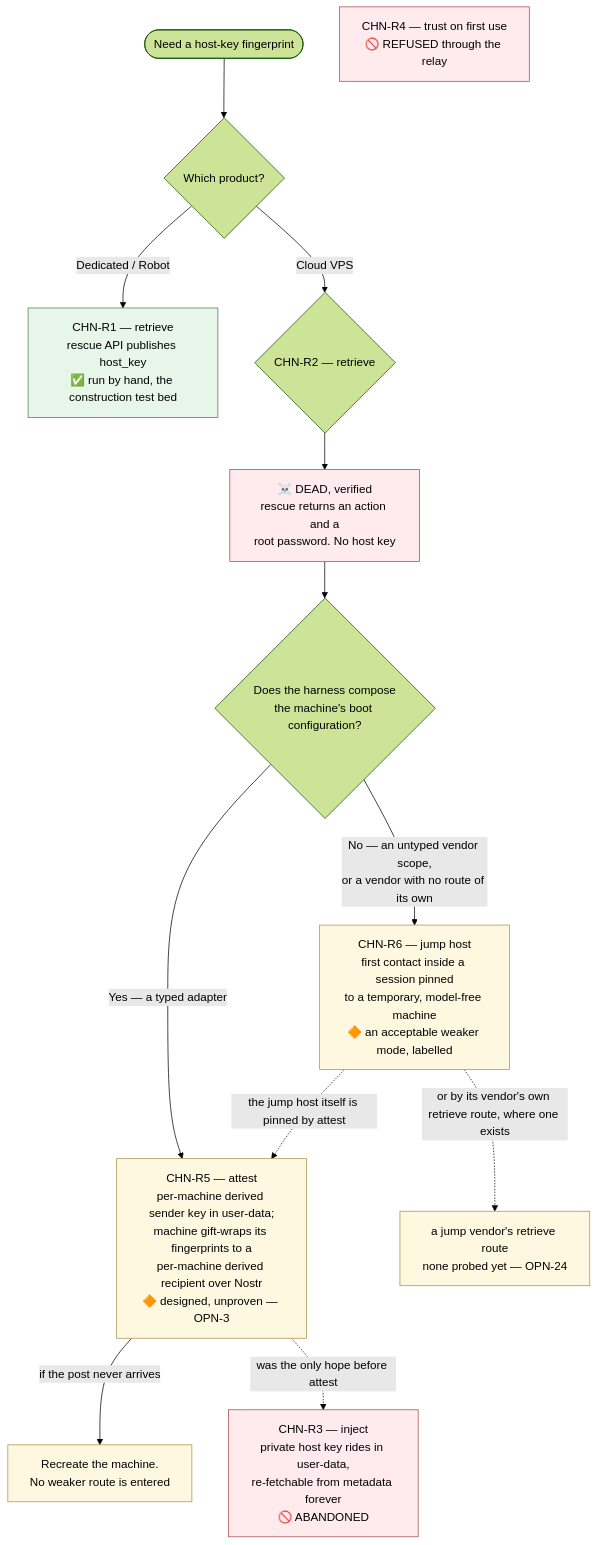
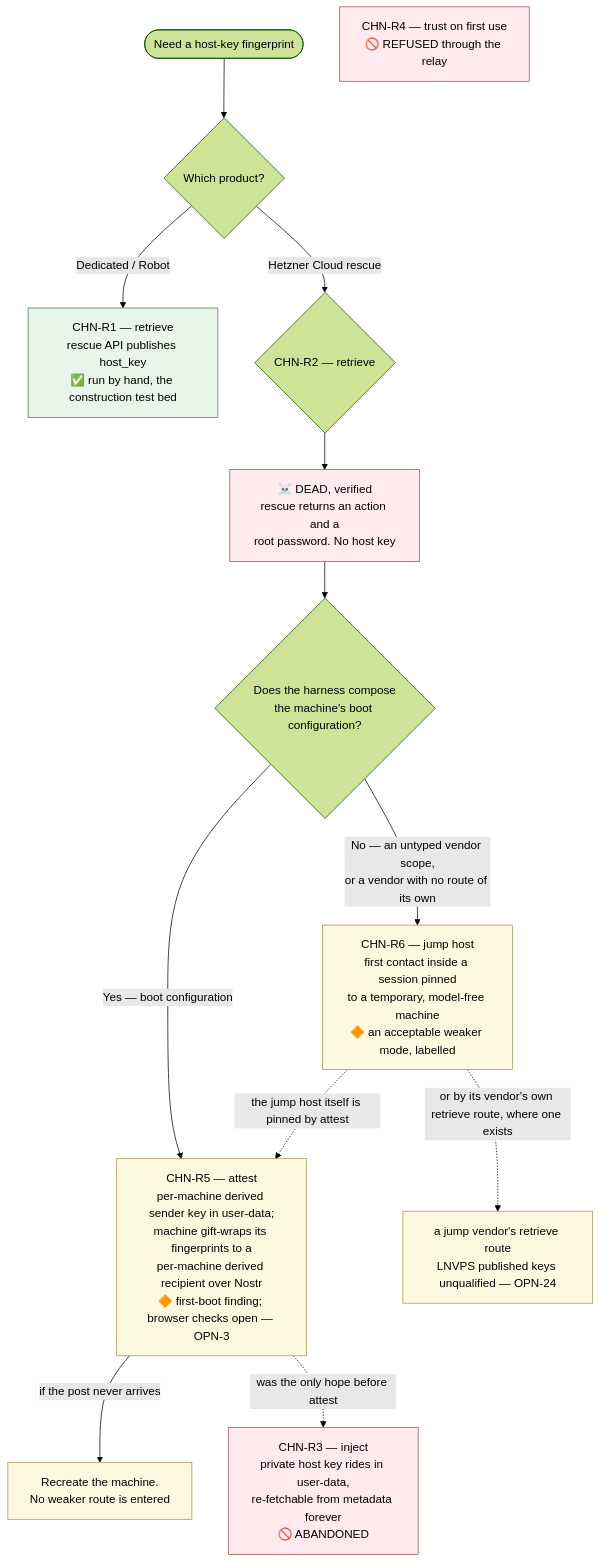
One commit to douglaz/tau-web-spec changed the first of 2 diagrams in 02-channel.md. Above: the diagram before and after it, drawn with Mermaid (forest theme). The commit also changed other lines of this file and 21 other files, not shown here.

First line of the commit message:
feat(spec): stage 1 on LNVPS — plain Arch, HTTP orders, a derived key per machine (#14)

````diff
--- a/02-channel.md
+++ b/02-channel.md
@@ -32,21 +32,21 @@
 ```mermaid
 flowchart TD
     START([Need a host-key fingerprint]) --> PROD{Which product?}
     PROD -->|Dedicated / Robot| R1["CHN-R1 — retrieve<br/>rescue API publishes host_key<br/>✅ run by hand, the construction test bed"]
-    PROD -->|Cloud VPS| R2{"CHN-R2 — retrieve"}
+    PROD -->|Hetzner Cloud rescue| R2{"CHN-R2 — retrieve"}
     R2 --> R2D["☠️ DEAD, verified<br/>rescue returns an action and a<br/>root password. No host key"]
     R2D --> BOOT{"Does the harness compose<br/>the machine's boot configuration?"}
-    BOOT -->|"Yes — a typed adapter"| R5["CHN-R5 — attest<br/>per-machine derived sender key in user-data;<br/>machine gift-wraps its fingerprints to a<br/>per-machine derived recipient over Nostr<br/>🔶 designed, unproven — OPN-3"]
+    BOOT -->|"Yes — boot configuration"| R5["CHN-R5 — attest<br/>per-machine derived sender key in user-data;<br/>machine gift-wraps its fingerprints to a<br/>per-machine derived recipient over Nostr<br/>🔶 first-boot finding; browser checks open — OPN-3"]
     BOOT -->|"No — an untyped vendor scope,<br/>or a vendor with no route of its own"| R6["CHN-R6 — jump host<br/>first contact inside a session pinned<br/>to a temporary, model-free machine<br/>🔶 an acceptable weaker mode, labelled"]
     R5 -->|"if the post never arrives"| RC["Recreate the machine.<br/>No weaker route is entered"]
     R6 -.->|"the jump host itself is pinned by attest"| R5
-    R6 -.->|"or by its vendor's own retrieve route, where one exists"| RJ["a jump vendor's retrieve route<br/>none probed yet — OPN-24"]
+    R6 -.->|"or by its vendor's own retrieve route, where one exists"| RJ["a jump vendor's retrieve route<br/>LNVPS published keys unqualified — OPN-24"]
     R5 -.->|"was the only hope before attest"| R3["CHN-R3 — inject<br/>private host key rides in user-data,<br/>re-fetchable from metadata forever<br/>🚫 ABANDONED"]
     R4["CHN-R4 — trust on first use<br/>🚫 REFUSED through the relay"]
     classDef live fill:#e8f5e9,stroke:#4a7c59
     classDef dead fill:#ffebee,stroke:#a54a4a
     classDef pending fill:#fff8e1,stroke:#a5934a
     class R1 live
     class R2D,R3,R4 dead
     class R5,R6,RC,RJ pending
 ```
````
